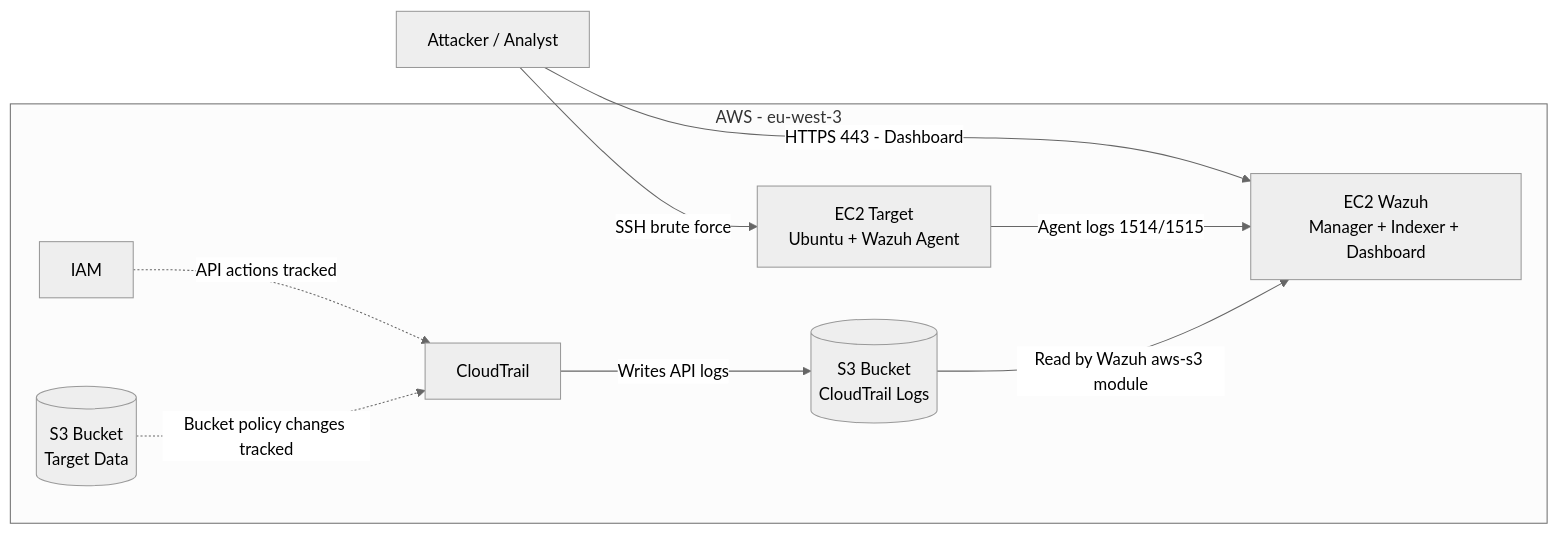
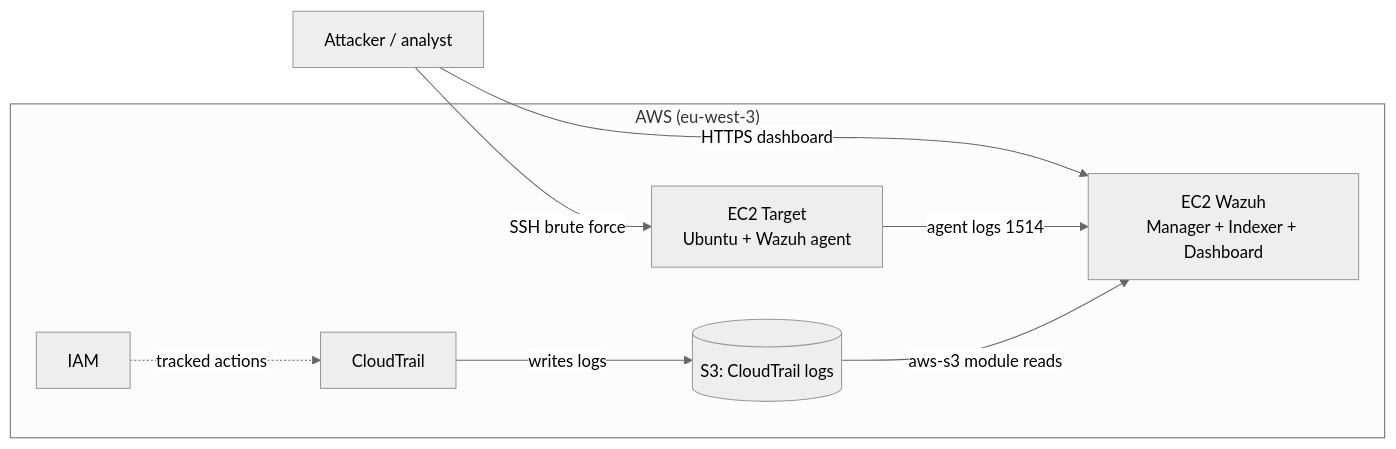
One commit to hamzanotcool/mini-soc-cloud-aws-wazuh changed the diagram in README.md. Above: the diagram before and after it, drawn with Mermaid (neutral theme).

````diff
--- a/README.md
+++ b/README.md
@@ -35,21 +35,17 @@
 ```mermaid
 flowchart LR
-    ATT["Attacker / Analyst"]
-
-    subgraph AWS["AWS - eu-west-3"]
+    ATT["Attacker / analyst"]
+    subgraph AWS["AWS (eu-west-3)"]
         WZ["EC2 Wazuh<br/>Manager + Indexer + Dashboard"]
-        VIC["EC2 Target<br/>Ubuntu + Wazuh Agent"]
+        VIC["EC2 Target<br/>Ubuntu + Wazuh agent"]
         CT["CloudTrail"]
-        S3CT[("S3 Bucket<br/>CloudTrail Logs")]
-        S3DATA[("S3 Bucket<br/>Target Data")]
+        S3CT[("S3: CloudTrail logs")]
         IAM["IAM"]
     end
-
-    ATT -->|"HTTPS 443 - Dashboard"| WZ
-    ATT -->|"SSH brute force"| VIC
-    VIC -->|"Agent logs 1514/1515"| WZ
-    CT -->|"Writes API logs"| S3CT
-    S3CT -->|"Read by Wazuh aws-s3 module"| WZ
-    IAM -. "API actions tracked" .-> CT
-    S3DATA -. "Bucket policy changes tracked" .-> CT
+    ATT -->|HTTPS dashboard| WZ
+    ATT -->|SSH brute force| VIC
+    VIC -->|agent logs 1514| WZ
+    CT -->|writes logs| S3CT
+    S3CT -->|aws-s3 module reads| WZ
+    IAM -. tracked actions .-> CT
 ```
````
